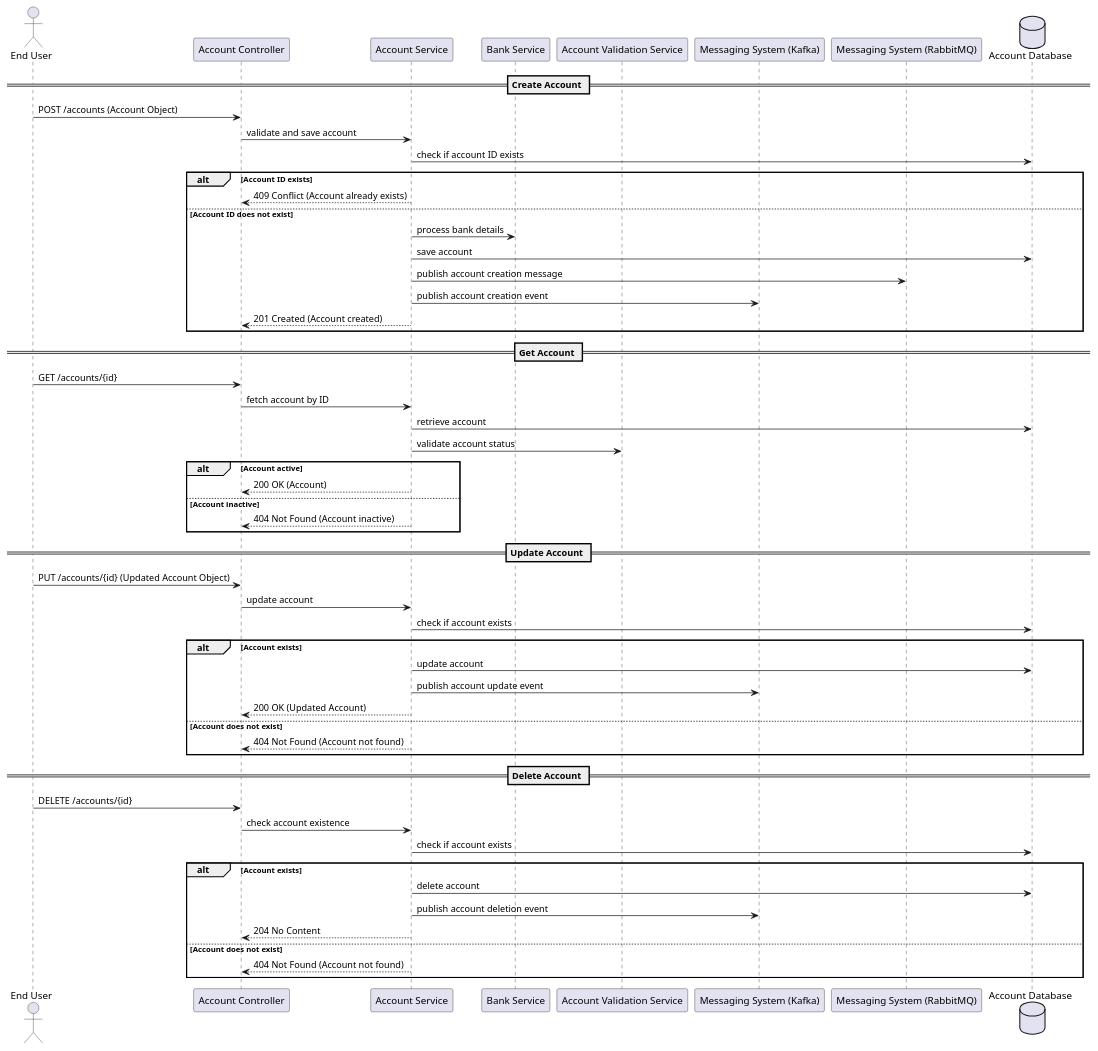
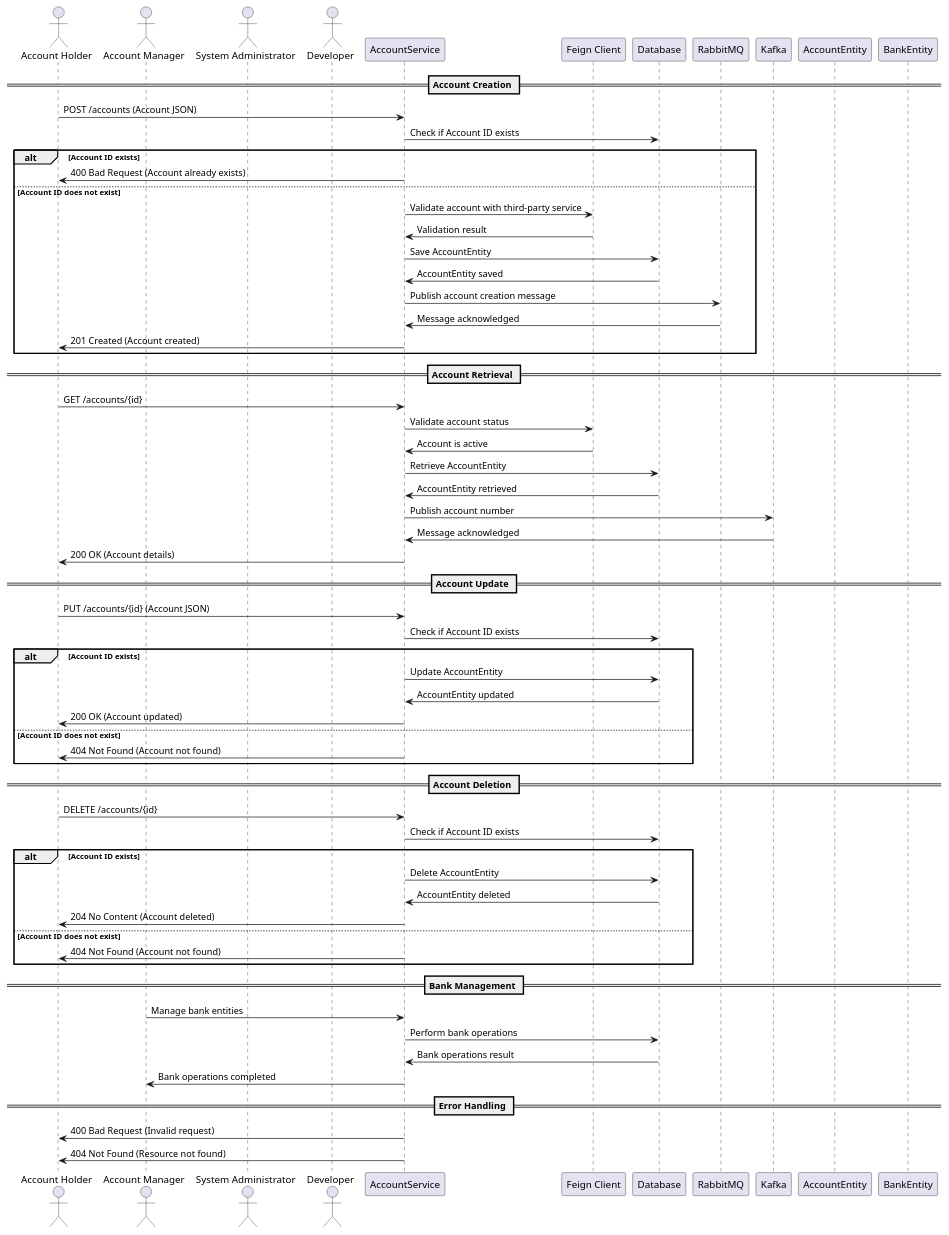
One commit to Bhaskar-Pavan/AccountService changed the diagram in design_document/.md. Above: the diagram before and after it, drawn with PlantUML. The commit also changed other lines of this file, not shown here.

````diff
--- a/design_document/.md
+++ b/design_document/.md
@@ -37,62 +35,73 @@
 ```plantuml
 @startuml
-actor "End User" as User
-participant "Account Controller" as Controller
-participant "Account Service" as AccountService
-participant "Bank Service" as BankService
-participant "Account Validation Service" as ValidationService
-participant "Messaging System (Kafka)" as Kafka
-participant "Messaging System (RabbitMQ)" as RabbitMQ
-database "Account Database" as Database
+actor "Account Holder" as AH
+actor "Account Manager" as AM
+actor "System Administrator" as SA
+actor "Developer" as DEV
+participant "AccountService" as AS
+participant "Feign Client" as FC
+participant "Database" as DB
+participant "RabbitMQ" as RMQ
+participant "Kafka" as KAFKA
+participant "AccountEntity" as AE
+participant "BankEntity" as BE
 
-== Create Account ==
-User -> Controller : POST /accounts (Account Object)
-Controller -> AccountService : validate and save account
-AccountService -> Database : check if account ID exists
+== Account Creation ==
+AH -> AS : POST /accounts (Account JSON)
+AS -> DB : Check if Account ID exists
 alt Account ID exists
-    AccountService --> Controller : 409 Conflict (Account already exists)
+    AS -> AH : 400 Bad Request (Account already exists)
 else Account ID does not exist
-    AccountService -> BankService : process bank details
-    AccountService -> Database : save account
-    AccountService -> RabbitMQ : publish account creation message
-    AccountService -> Kafka : publish account creation event
-    AccountService --> Controller : 201 Created (Account created)
+    AS -> FC : Validate account with third-party service
+    FC -> AS : Validation result
+    AS -> DB : Save AccountEntity
+    DB -> AS : AccountEntity saved
+    AS -> RMQ : Publish account creation message
+    RMQ -> AS : Message acknowledged
+    AS -> AH : 201 Created (Account created)
 end
 
-== Get Account ==
-User -> Controller : GET /accounts/{id}
-Controller -> AccountService : fetch account by ID
-AccountService -> Database : retrieve account
-AccountService -> ValidationService : validate account status
-alt Account active
-    AccountService --> Controller : 200 OK (Account)
-else Account inactive
-    AccountService --> Controller : 404 Not Found (Account inactive)
+== Account Retrieval ==
+AH -> AS : GET /accounts/{id}
+AS -> FC : Validate account status
+FC -> AS : Account is active
+AS -> DB : Retrieve AccountEntity
+DB -> AS : AccountEntity retrieved
+AS -> KAFKA : Publish account number
+KAFKA -> AS : Message acknowledged
+AS -> AH : 200 OK (Account details)
+
+== Account Update ==
+AH -> AS : PUT /accounts/{id} (Account JSON)
+AS -> DB : Check if Account ID exists
+alt Account ID exists
+    AS -> DB : Update AccountEntity
+    DB -> AS : AccountEntity updated
+    AS -> AH : 200 OK (Account updated)
+else Account ID does not exist
+    AS -> AH : 404 Not Found (Account not found)
 end
 
-== Update Account ==
-User -> Controller : PUT /accounts/{id} (Updated Account Object)
-Controller -> AccountService : update account
-AccountService -> Database : check if account exists
-alt Account exists
-    AccountService -> Database : update account
-    AccountService -> Kafka : publish account update event
-    AccountService --> Controller : 200 OK (Updated Account)
-else Account does not exist
-    AccountService --> Controller : 404 Not Found (Account not found)
+== Account Deletion ==
+AH -> AS : DELETE /accounts/{id}
+AS -> DB : Check if Account ID exists
+alt Account ID exists
+    AS -> DB : Delete AccountEntity
+    DB -> AS : AccountEntity deleted
+    AS -> AH : 204 No Content (Account deleted)
+else Account ID does not exist
+    AS -> AH : 404 Not Found (Account not found)
 end
 
-== Delete Account ==
-User -> Controller : DELETE /accounts/{id}
-Controller -> AccountService : check account existence
-AccountService -> Database : check if account exists
-alt Account exists
-    AccountService -> Database : delete account
-    AccountService -> Kafka : publish account deletion event
-    AccountService --> Controller : 204 No Content
-else Account does not exist
-    AccountService --> Controller : 404 Not Found (Account not found)
-end
+== Bank Management ==
+AM -> AS : Manage bank entities
+AS -> DB : Perform bank operations
+DB -> AS : Bank operations result
+AS -> AM : Bank operations completed
+
+== Error Handling ==
+AS -> AH : 400 Bad Request (Invalid request)
+AS -> AH : 404 Not Found (Resource not found)
 
 @enduml
 ```
````
